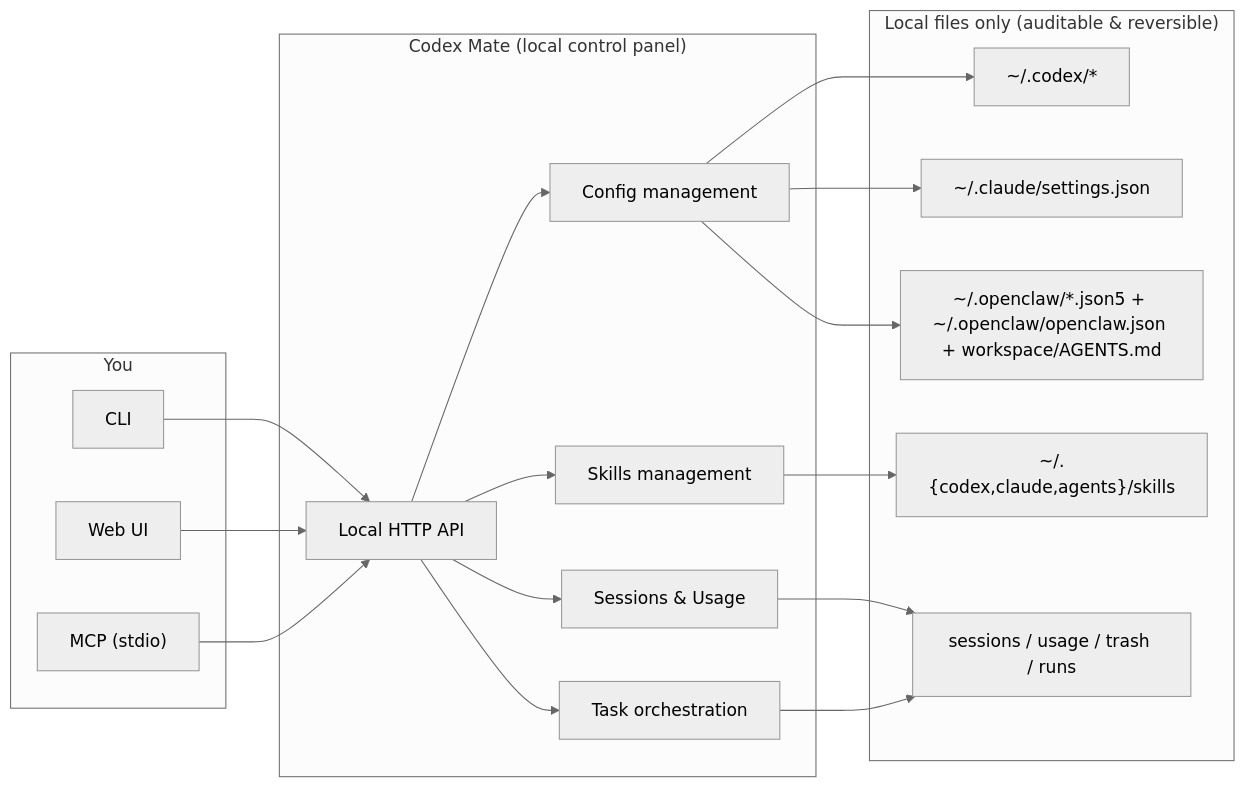
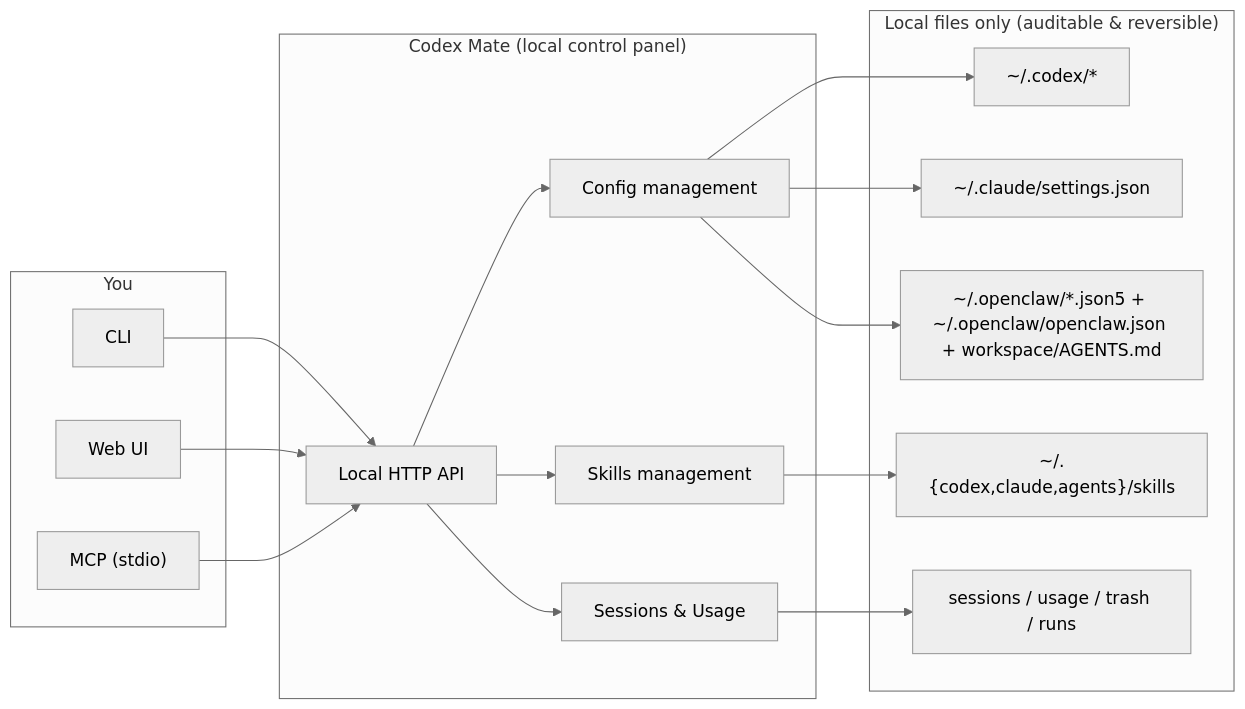
The diagram in README.en.md (ymkiux/codexmate), drawn with Mermaid (neutral theme) before and after one commit. The commit also changed other lines of this file and 1 other file, not shown here.

Commit message:
docs: mark task orchestration as planned

````diff
--- a/README.en.md
+++ b/README.en.md
@@ -77,40 +77,37 @@
 ```mermaid
 flowchart LR
     subgraph You["You"]
       CLI["CLI"]
       WEB["Web UI"]
       MCP["MCP (stdio)"]
     end
 
     subgraph Mate["Codex Mate (local control panel)"]
       API["Local HTTP API"]
       CFG["Config management"]
       SESS["Sessions & Usage"]
       SKL["Skills management"]
-      TASK["Task orchestration"]
     end
 
     subgraph Files["Local files only (auditable & reversible)"]
       CODEX["~/.codex/*"]
       CLAUDE["~/.claude/settings.json"]
       OPENCLAW["~/.openclaw/*.json5 + ~/.openclaw/openclaw.json + workspace/AGENTS.md"]
       SKILLS["~/.{codex,claude,agents}/skills"]
       STATE["sessions / usage / trash / runs"]
     end
 
     CLI --> API
     WEB --> API
     MCP --> API
 
     API --> CFG
     API --> SESS
     API --> SKL
-    API --> TASK
 
     CFG --> CODEX
     CFG --> CLAUDE
     CFG --> OPENCLAW
     SKL --> SKILLS
     SESS --> STATE
-    TASK --> STATE
 ```
````
